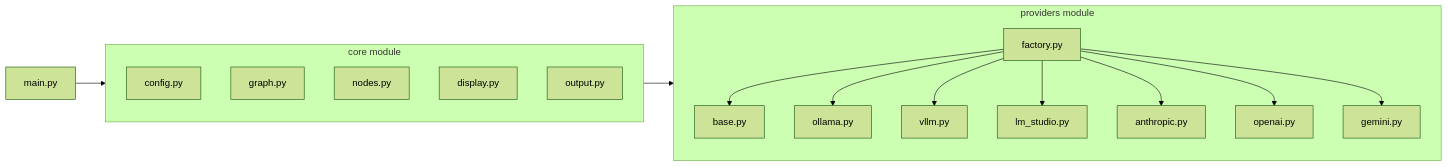
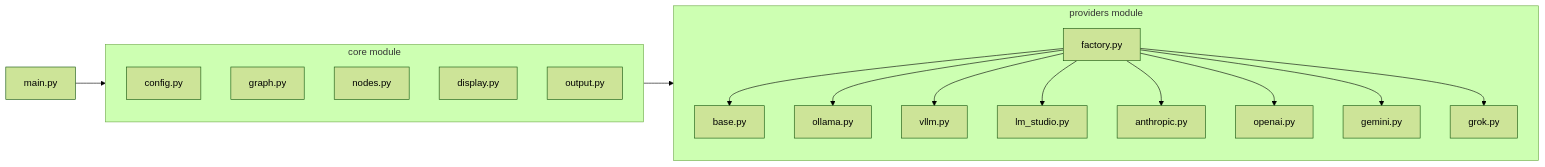
One commit to machinedge/prizms-oss changed the diagram in backend/README.md. Above: the diagram before and after it, drawn with Mermaid (forest theme). The commit also changed other lines of this file and 4 other files, not shown here.

````diff
--- a/backend/README.md
+++ b/backend/README.md
@@ -11,32 +11,34 @@
 ```mermaid
 flowchart LR
     MainPy[main.py] --> Core
     Core --> Providers
     
     subgraph Core [core module]
         ConfigPy[config.py]
         GraphPy[graph.py]
         NodesPy[nodes.py]
         DisplayPy[display.py]
         OutputPy[output.py]
     end
     
     subgraph Providers [providers module]
         Factory[factory.py]
         BasePy[base.py]
         OllamaPy[ollama.py]
         VllmPy[vllm.py]
         LmStudioPy[lm_studio.py]
         AnthropicPy[anthropic.py]
         OpenAIPy[openai.py]
         GeminiPy[gemini.py]
+        GrokPy[grok.py]
     end
     
     Factory --> BasePy
     Factory --> OllamaPy
     Factory --> VllmPy
     Factory --> LmStudioPy
     Factory --> AnthropicPy
     Factory --> OpenAIPy
     Factory --> GeminiPy
+    Factory --> GrokPy
 ```
````
